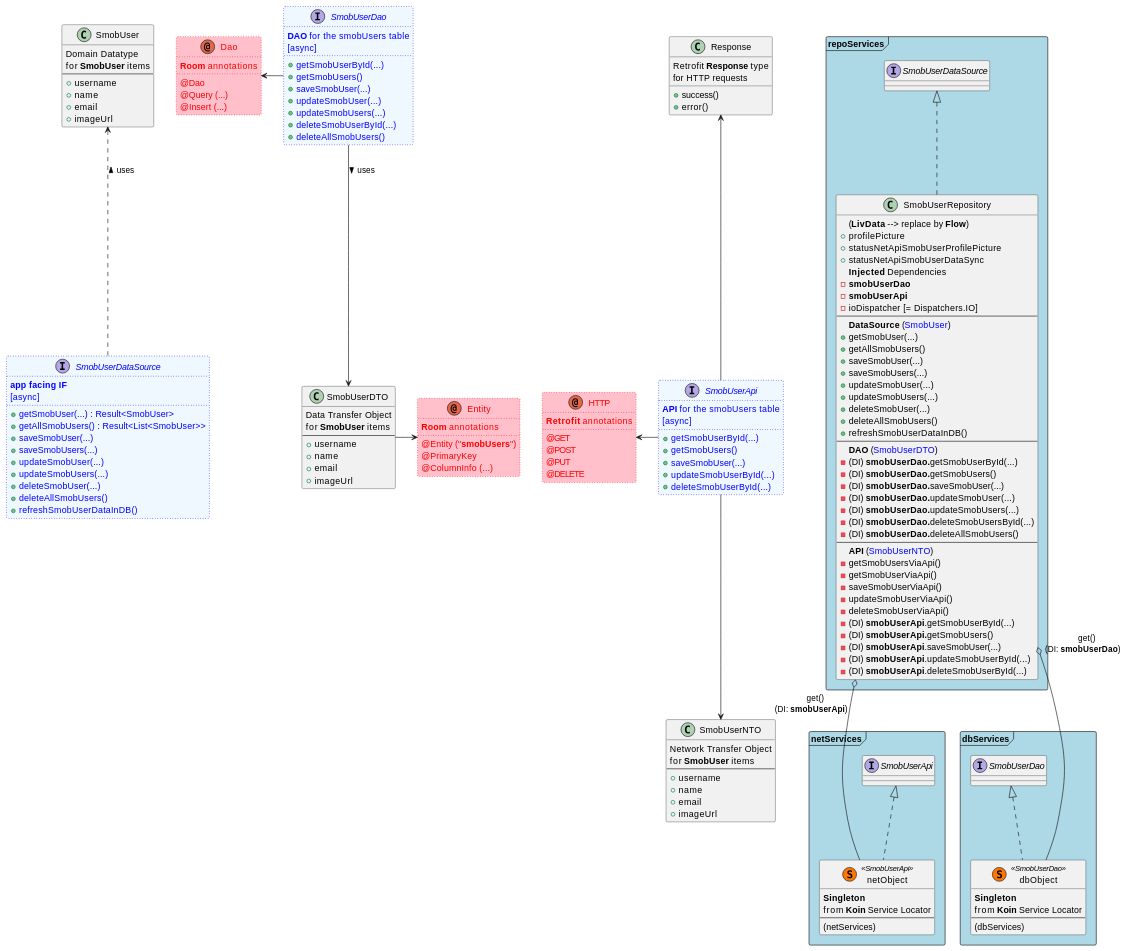
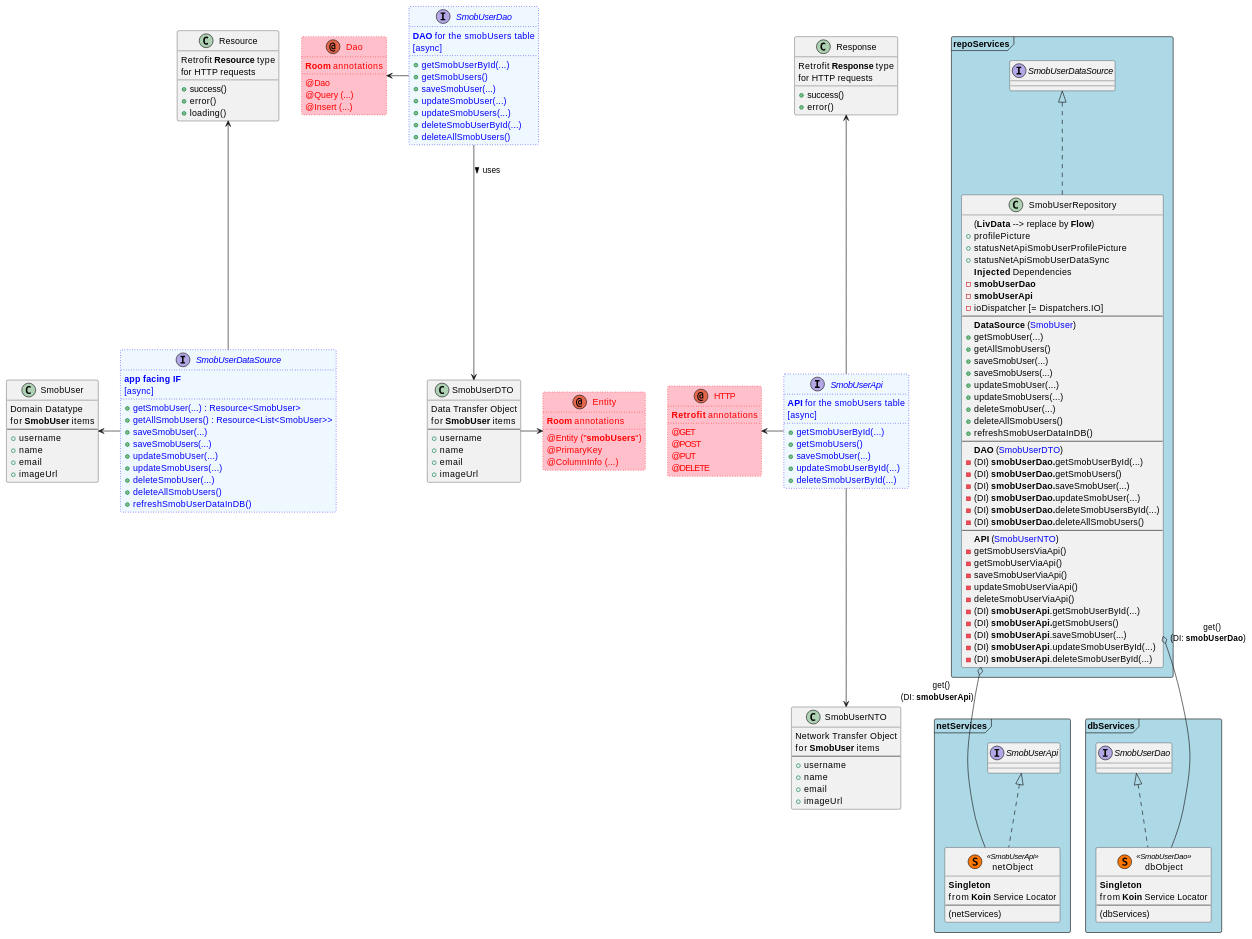
Before and after one commit to fwornle/ShopMob: the diagram in doc/puml/smobUserRepository.md, drawn with PlantUML.

Commit message:
updated Repo UML diagram (dependencies)

```diff
--- a/doc/puml/smobUserRepository.md
+++ b/doc/puml/smobUserRepository.md
@@ -3,8 +3,8 @@
 interface SmobUserDataSource #aliceblue;line:blue;line.dotted;text:blue {
     **app facing IF**
     [async]
-    +getSmobUser(...) : Result<SmobUser>
-    +getAllSmobUsers() : Result<List<SmobUser>>
+    +getSmobUser(...) : Resource<SmobUser>
+    +getAllSmobUsers() : Resource<List<SmobUser>>
     +saveSmobUser(...)
     +saveSmobUsers(...)
     +updateSmobUser(...)
@@ -13,6 +13,16 @@
     +deleteAllSmobUsers()
     +refreshSmobUserDataInDB()
 }
+
+class Resource {
+    Retrofit **Resource** type
+    for HTTP requests
+    +success()
+    +error()
+    +loading()
+}
+
+SmobUserDataSource -up-> Resource
 
 frame "repoServices" #Lightblue {
     class SmobUserRepository implements SmobUserDataSource {
@@ -41,7 +51,6 @@
         -(DI) **smobUserDao.**getSmobUsers()
         -(DI) **smobUserDao.**saveSmobUser(...)
         -(DI) **smobUserDao.**updateSmobUser(...)
-        -(DI) **smobUserDao.**updateSmobUsers(...)
         -(DI) **smobUserDao.**deleteSmobUsersById(...)
         -(DI) **smobUserDao.**deleteAllSmobUsers()
         ---
@@ -172,7 +181,7 @@
 +imageUrl
 }
 
-SmobUserDataSource .up.> SmobUser : uses >
+SmobUserDataSource -left-> SmobUser
 
 
 SmobUserRepository o-down-- dbObject : "\n     get()\n (DI: **smobUserDao**)" " "
```
